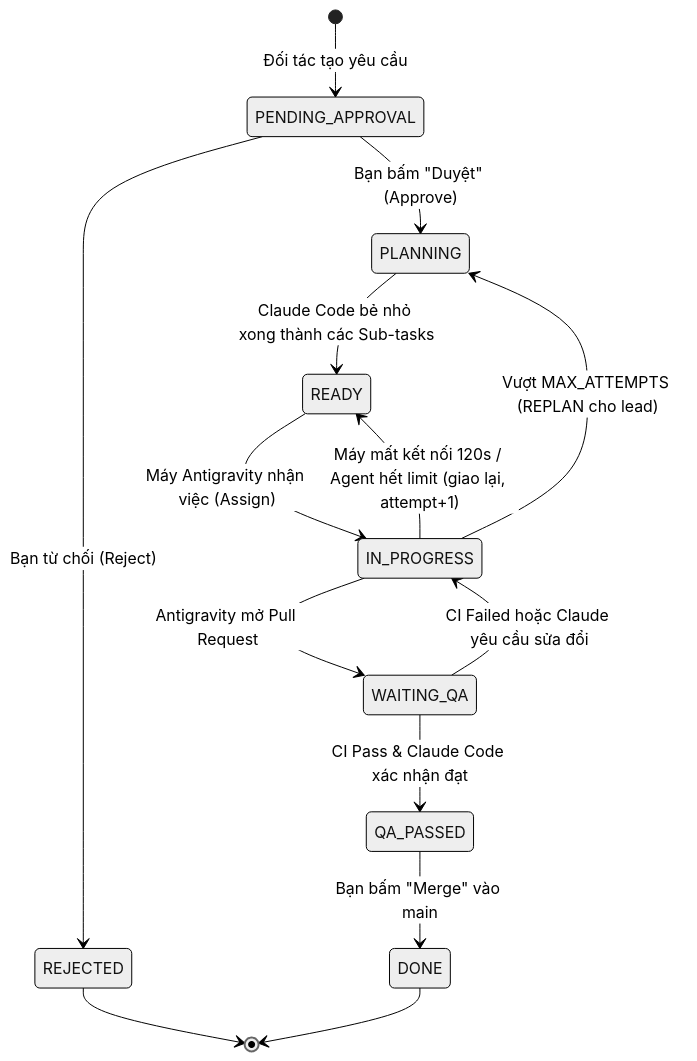
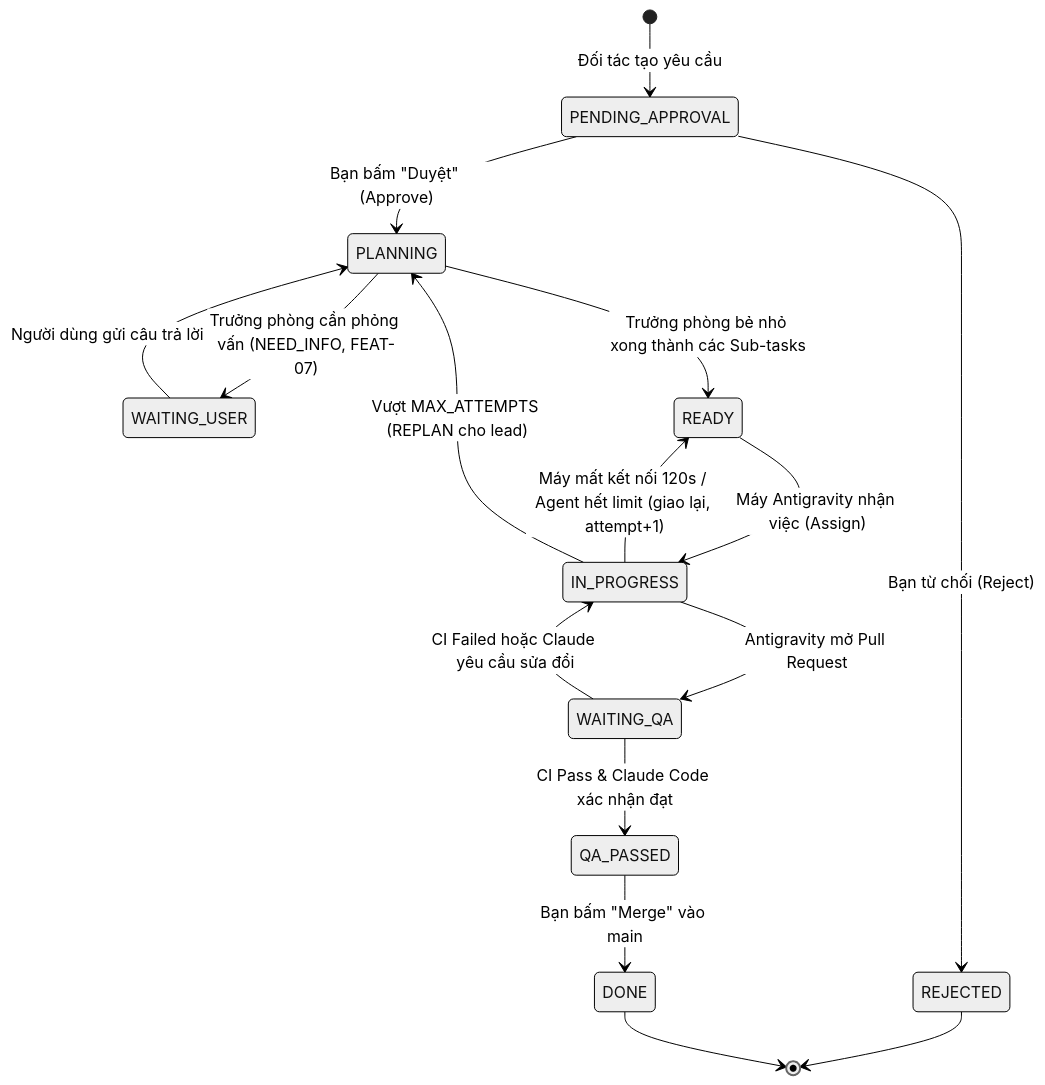
Before and after one commit to namth/agenthub: the diagram in docs/12-business-rules.md, drawn with Mermaid (neutral theme). The commit also changed other lines of this file and 16 other files, not shown here.

````diff
--- a/docs/12-business-rules.md
+++ b/docs/12-business-rules.md
@@ -9,23 +9,26 @@
 ```mermaid
 stateDiagram-v2
     [*] --> PENDING_APPROVAL: Đối tác tạo yêu cầu
     
     PENDING_APPROVAL --> PLANNING: Bạn bấm "Duyệt" (Approve)
     PENDING_APPROVAL --> REJECTED: Bạn từ chối (Reject)
     
-    PLANNING --> READY: Claude Code bẻ nhỏ xong thành các Sub-tasks
+    PLANNING --> WAITING_USER: Trưởng phòng cần phỏng vấn (NEED_INFO, FEAT-07)
+    WAITING_USER --> PLANNING: Người dùng gửi câu trả lời
+    
+    PLANNING --> READY: Trưởng phòng bẻ nhỏ xong thành các Sub-tasks
     
     READY --> IN_PROGRESS: Máy Antigravity nhận việc (Assign)
     
     IN_PROGRESS --> WAITING_QA: Antigravity mở Pull Request
     IN_PROGRESS --> READY: Máy mất kết nối 120s / Agent hết limit (giao lại, attempt+1)
     IN_PROGRESS --> PLANNING: Vượt MAX_ATTEMPTS (REPLAN cho lead)
     
     WAITING_QA --> IN_PROGRESS: CI Failed hoặc Claude yêu cầu sửa đổi
     WAITING_QA --> QA_PASSED: CI Pass & Claude Code xác nhận đạt
     
     QA_PASSED --> DONE: Bạn bấm "Merge" vào main
     
     REJECTED --> [*]
     DONE --> [*]
 ```
````
